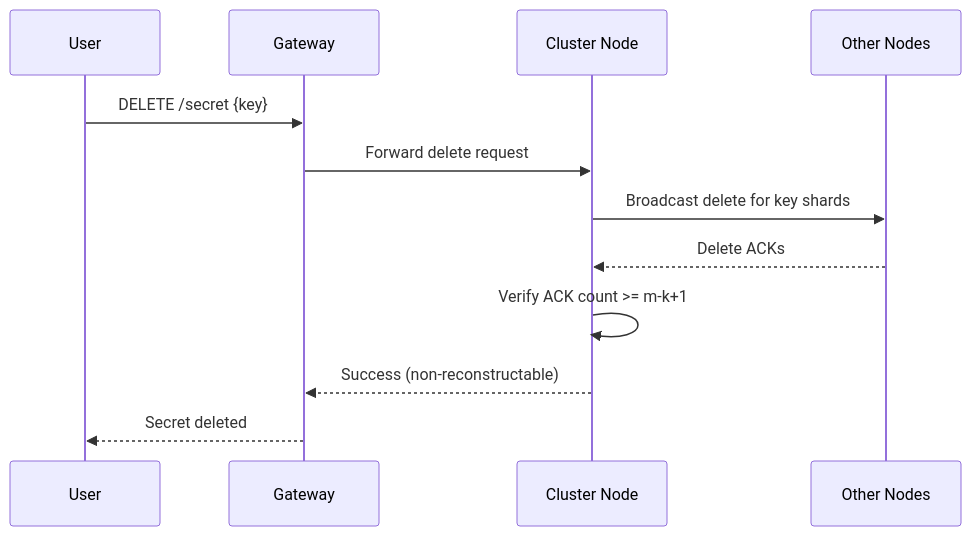
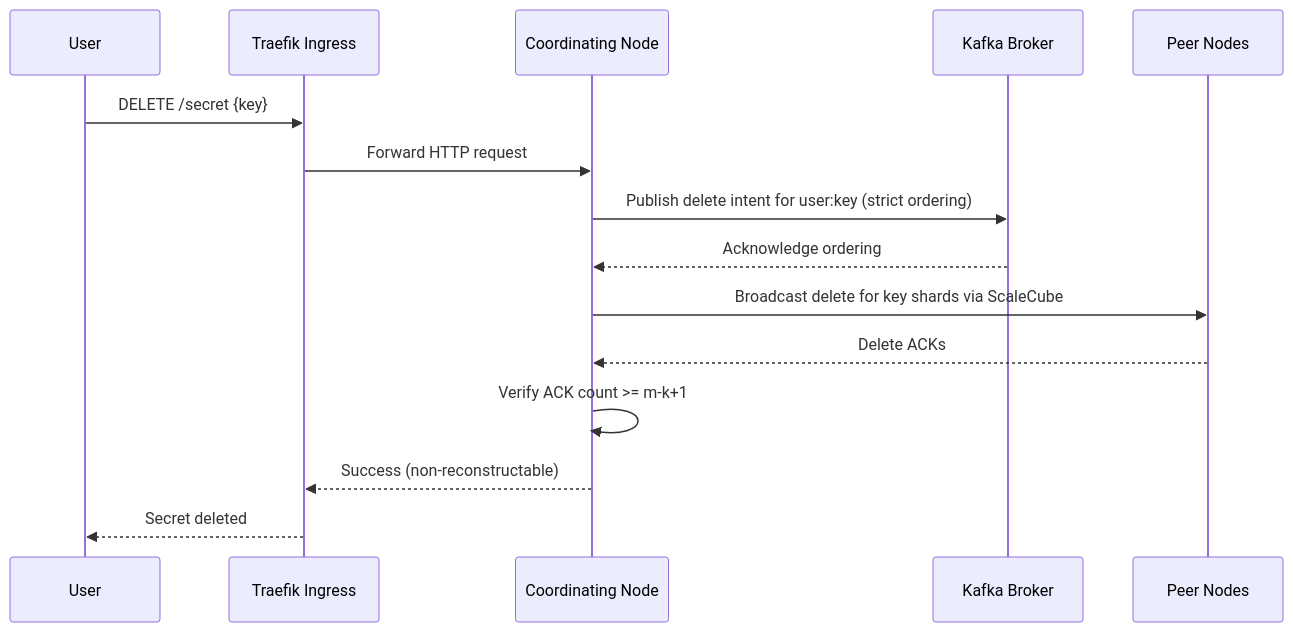
The fifth of 6 diagrams in docs/architecture.md (S26-Distributed-Capstone/DistributedSecretsVault), drawn with Mermaid before and after one commit. The commit also changed other lines of this file and 7 other files, not shown here.

````diff
--- a/docs/architecture.md
+++ b/docs/architecture.md
@@ -144,15 +145,18 @@
 ```mermaid
 sequenceDiagram
     participant User
-    participant Gateway
-    participant Node as Cluster Node
-    participant Cluster as Other Nodes
+    participant Ingress as Traefik Ingress
+    participant Node as Coordinating Node
+    participant Kafka as Kafka Broker
+    participant Cluster as Peer Nodes
 
-    User->>Gateway: DELETE /secret {key}
-    Gateway->>Node: Forward delete request
-    Node->>Cluster: Broadcast delete for key shards
+    User->>Ingress: DELETE /secret {key}
+    Ingress->>Node: Forward HTTP request
+    Node->>Kafka: Publish delete intent for user:key (strict ordering)
+    Kafka-->>Node: Acknowledge ordering
+    Node->>Cluster: Broadcast delete for key shards via ScaleCube
     Cluster-->>Node: Delete ACKs
     Node->>Node: Verify ACK count >= m-k+1
-    Node-->>Gateway: Success (non-reconstructable)
-    Gateway-->>User: Secret deleted
+    Node-->>Ingress: Success (non-reconstructable)
+    Ingress-->>User: Secret deleted
 ```
````
